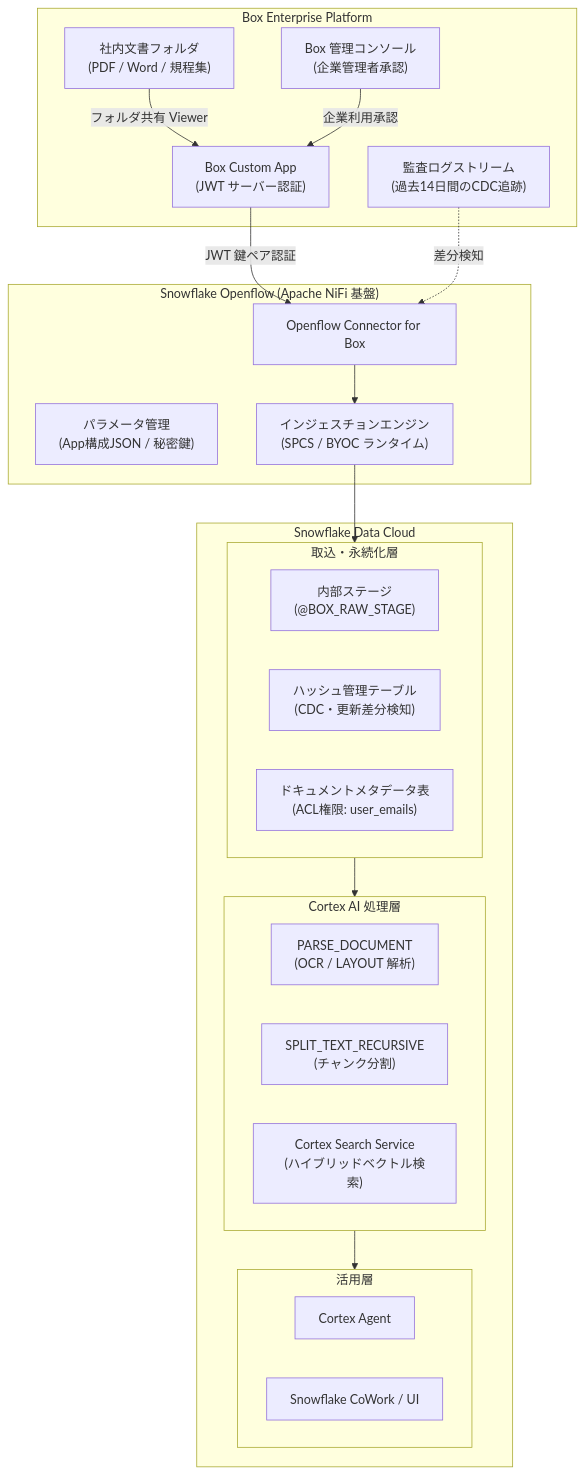
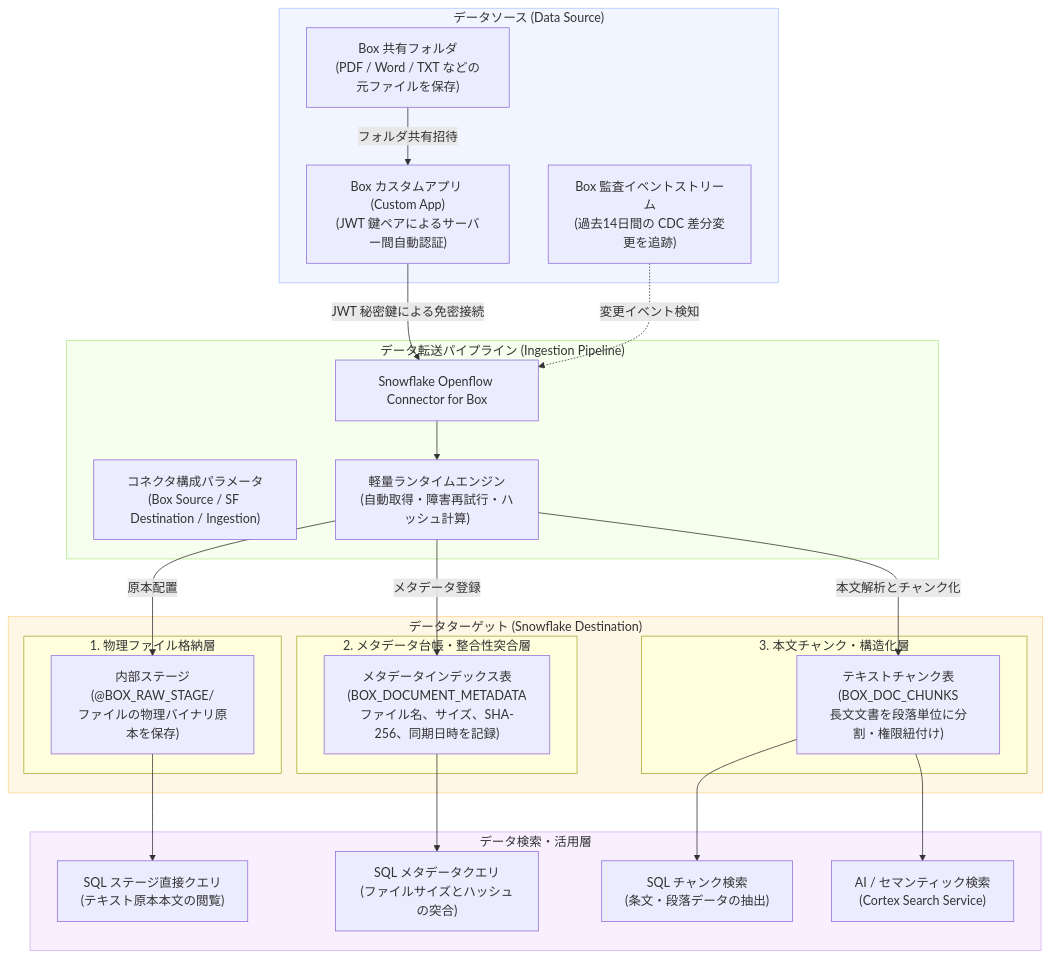
The diagram in docs/ja/07_openflow_box_integration.md (BIGMAX-RKO007/snowflakeblog), drawn with Mermaid before and after one commit. The commit also changed other lines of this file and 1 other file, not shown here.

Commit message:
docs(ch07): refactor from pure data sync & engineering perspective for beginners, removing banking business jargon

````diff
--- a/docs/ja/07_openflow_box_integration.md
+++ b/docs/ja/07_openflow_box_integration.md
@@ -11,43 +23,52 @@
 ```mermaid
 flowchart TD
-    subgraph Box["Box Enterprise Platform"]
-        B1["社内文書フォルダ<br/>(PDF / Word / 規程集)"]
-        B2["Box Custom App<br/>(JWT サーバー認証)"]
-        B3["Box 管理コンソール<br/>(企業管理者承認)"]
-        B4["監査ログストリーム<br/>(過去14日間のCDC追跡)"]
+    subgraph Source["データソース (Data Source)"]
+        B1["Box 共有フォルダ<br/>(PDF / Word / TXT などの元ファイルを保存)"]
+        B2["Box カスタムアプリ (Custom App)<br/>(JWT 鍵ペアによるサーバー間自動認証)"]
+        B3["Box 監査イベントストリーム<br/>(過去14日間の CDC 差分変更を追跡)"]
     end
 
-    subgraph Openflow["Snowflake Openflow (Apache NiFi 基盤)"]
-        O1["Openflow Connector for Box"]
-        O2["パラメータ管理<br/>(App構成JSON / 秘密鍵)"]
-        O3["インジェスチョンエンジン<br/>(SPCS / BYOC ランタイム)"]
+    subgraph Pipeline["データ転送パイプライン (Ingestion Pipeline)"]
+        O1["Snowflake Openflow Connector for Box"]
+        O2["コネクタ構成パラメータ<br/>(Box Source / SF Destination / Ingestion)"]
+        O3["軽量ランタイムエンジン<br/>(自動取得・障害再試行・ハッシュ計算)"]
     end
 
-    subgraph Snowflake["Snowflake Data Cloud"]
-        subgraph Landing["取込・永続化層"]
-            S1["内部ステージ<br/>(@BOX_RAW_STAGE)"]
-            S2["ハッシュ管理テーブル<br/>(CDC・更新差分検知)"]
-            S3["ドキュメントメタデータ表<br/>(ACL権限: user_emails)"]
+    subgraph Destination["データターゲット (Snowflake Destination)"]
+        subgraph Physical["1. 物理ファイル格納層"]
+            S1["内部ステージ<br/>(@BOX_RAW_STAGE/<br/>ファイルの物理バイナリ原本を保存)"]
         end
 
-        subgraph Cortex["Cortex AI 処理層"]
-            C1["PARSE_DOCUMENT<br/>(OCR / LAYOUT 解析)"]
-            C2["SPLIT_TEXT_RECURSIVE<br/>(チャンク分割)"]
-            C3["Cortex Search Service<br/>(ハイブリッドベクトル検索)"]
+        subgraph Metadata["2. メタデータ台帳・整合性突合層"]
+            S2["メタデータインデックス表<br/>(BOX_DOCUMENT_METADATA<br/>ファイル名、サイズ、SHA-256、同期日時を記録)"]
         end
 
-        subgraph Consumption["活用層"]
-            A1["Cortex Agent"]
-            A2["Snowflake CoWork / UI"]
+        subgraph TextLayer["3. 本文チャンク・構造化層"]
+            S3["テキストチャンク表<br/>(BOX_DOC_CHUNKS<br/>長文文書を段落単位に分割・権限紐付け)"]
         end
     end
 
-    B1 -->|フォルダ共有 Viewer| B2
-    B2 -->|JWT 鍵ペア認証| O1
-    B3 -->|企業利用承認| B2
-    B4 -.->|差分検知| O1
+    subgraph QueryLayer["データ検索・活用層"]
+        Q1["SQL ステージ直接クエリ<br/>(テキスト原本本文の閲覧)"]
+        Q2["SQL メタデータクエリ<br/>(ファイルサイズとハッシュの突合)"]
+        Q3["SQL チャンク検索<br/>(条文・段落データの抽出)"]
+        Q4["AI / セマンティック検索<br/>(Cortex Search Service)"]
+    end
+
+    B1 -->|フォルダ共有招待| B2
+    B2 -->|JWT 秘密鍵による免密接続| O1
+    B3 -.->|変更イベント検知| O1
     O1 --> O3
-    O3 --> Landing
-    Landing --> Cortex
-    Cortex --> Consumption
+    O3 -->|原本配置| S1
+    O3 -->|メタデータ登録| S2
+    O3 -->|本文解析とチャンク化| S3
+    S1 --> Q1
+    S2 --> Q2
+    S3 --> Q3
+    S3 --> Q4
+
+    style Source fill:#f0f5ff,stroke:#adc6ff
+    style Pipeline fill:#f6ffed,stroke:#b7eb8f
+    style Destination fill:#fff7e6,stroke:#ffd591
+    style QueryLayer fill:#f9f0ff,stroke:#d3adf7
 ```
````
